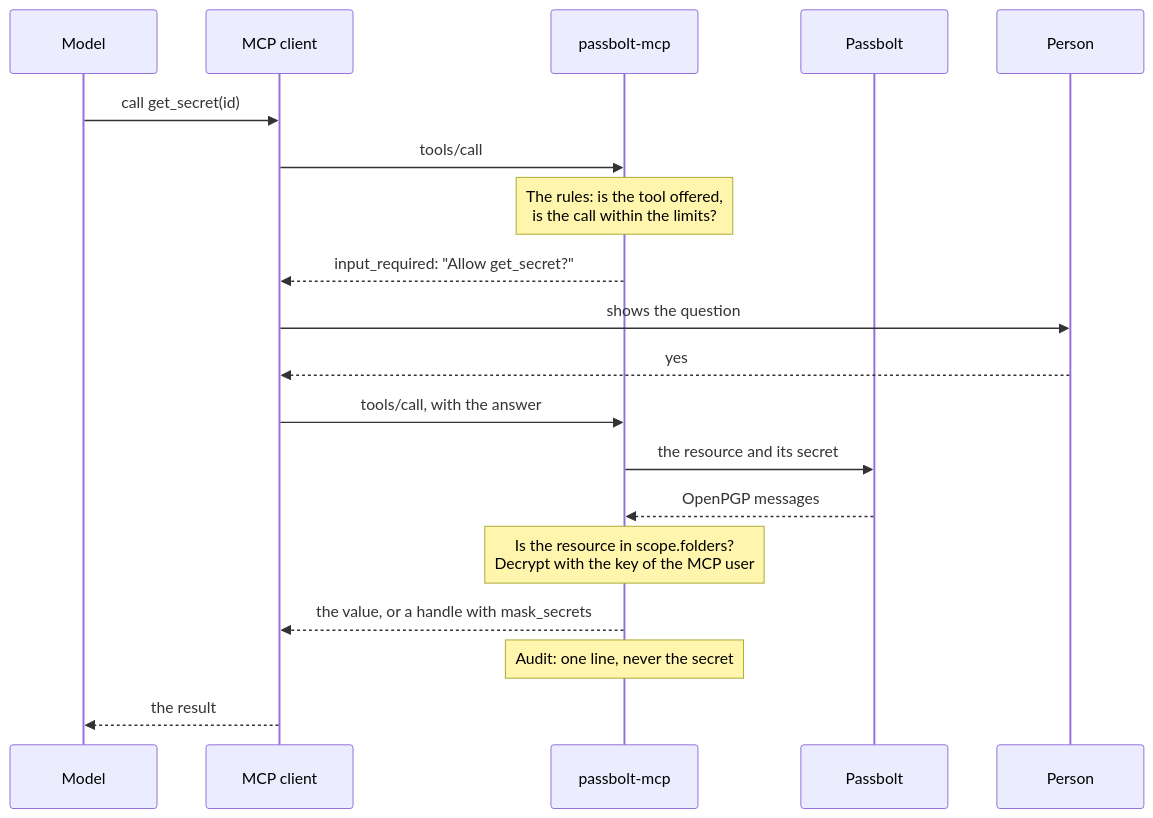
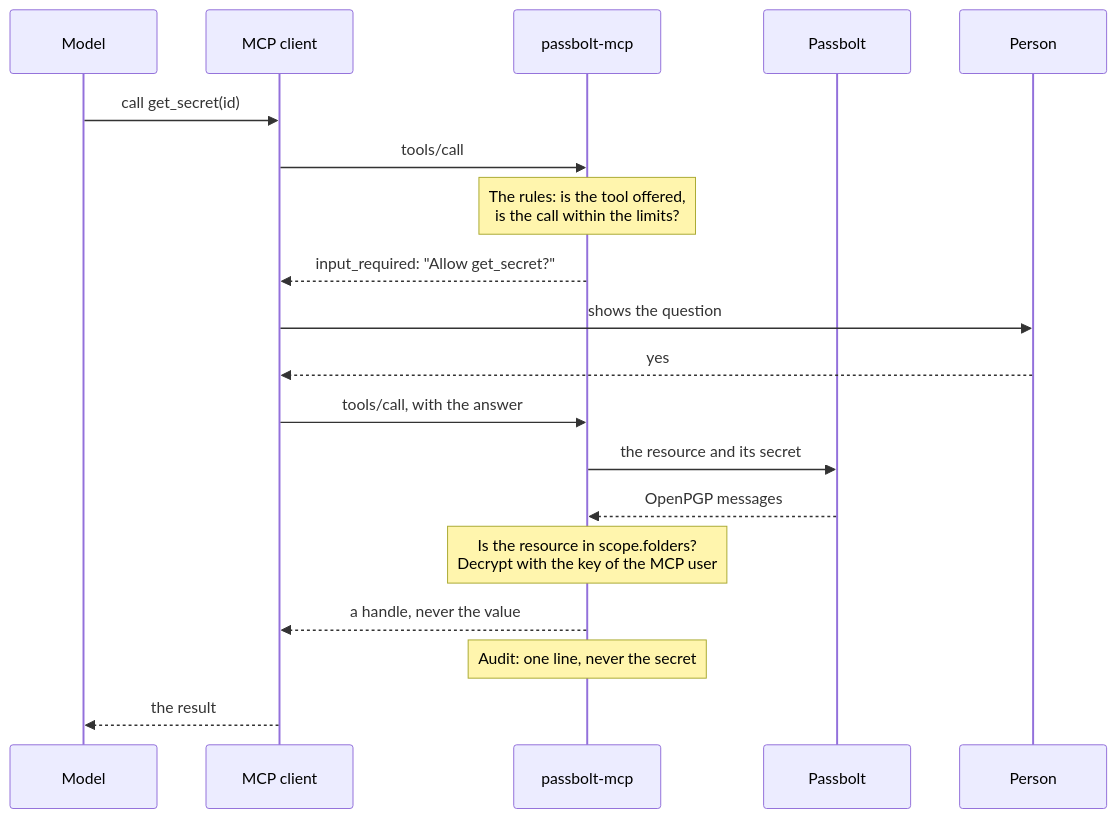
Before and after one commit to scadra/passbolt-mcp: the second of 2 diagrams in docs/architecture.md, drawn with Mermaid. The commit also changed other lines of this file and 7 other files, not shown here.

````diff
--- a/docs/architecture.md
+++ b/docs/architecture.md
@@ -98,21 +98,21 @@
 ```mermaid
 sequenceDiagram
     participant Mo as Model
     participant C as MCP client
     participant M as passbolt-mcp
     participant P as Passbolt
     participant H as Person
     Mo->>C: call get_secret(id)
     C->>M: tools/call
     Note over M: The rules: is the tool offered,<br/>is the call within the limits?
     M-->>C: input_required: "Allow get_secret?"
     C->>H: shows the question
     H-->>C: yes
     C->>M: tools/call, with the answer
     M->>P: the resource and its secret
     P-->>M: OpenPGP messages
     Note over M: Is the resource in scope.folders?<br/>Decrypt with the key of the MCP user
-    M-->>C: the value, or a handle with mask_secrets
+    M-->>C: a handle, never the value
     Note over M: Audit: one line, never the secret
     C-->>Mo: the result
 ```
````
